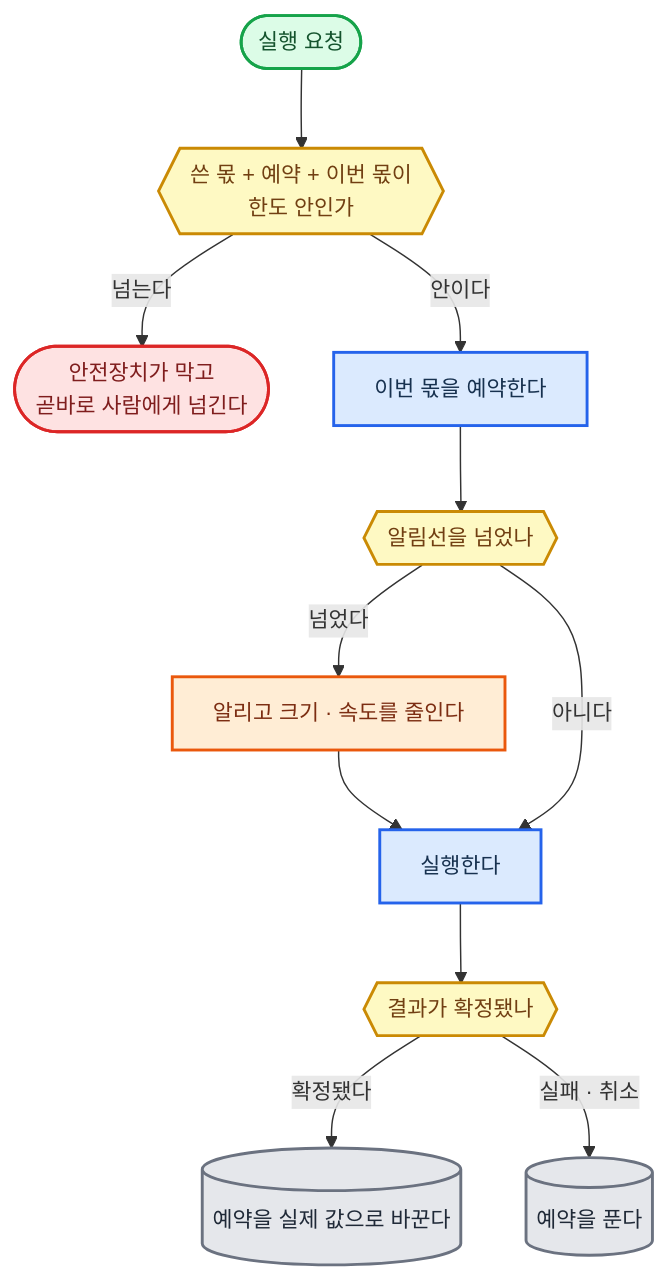
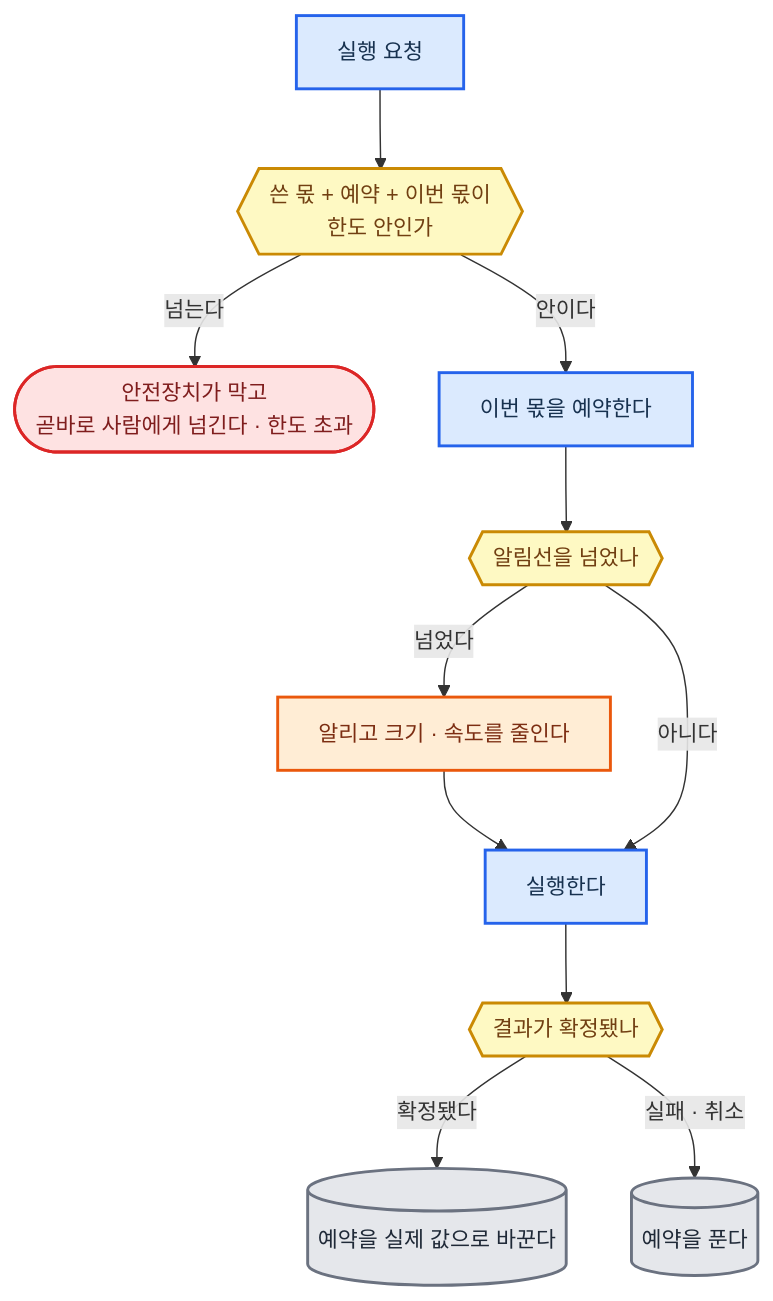
Before and after one commit to harisbaguette/expert: diagram 13 of 26 in 전문가 에이전트 정의 2.md, drawn with Mermaid. The commit also changed other lines of this file and 7 other files, not shown here.

````diff
--- a/전문가 에이전트 정의 2.md
+++ b/전문가 에이전트 정의 2.md
@@ -1281,17 +1441,17 @@
 ```mermaid
 %%{init: {"flowchart": {"wrappingWidth": 640, "curve": "basis", "nodeSpacing": 45, "rankSpacing": 55, "padding": 14, "useMaxWidth": true}, "themeVariables": {"fontSize": "15px"}} }%%
 flowchart TB
-    IN(["실행 요청"]):::good --> Q1{{"쓴 몫 + 예약 + 이번 몫이<br/>한도 안인가"}}:::note
-    Q1 -- "넘는다" --> STOP(["안전장치가 막고<br/>곧바로 사람에게 넘긴다"]):::stop
+    IN["실행 요청"]:::main --> Q1{{"쓴 몫 + 예약 + 이번 몫이<br/>한도 안인가"}}:::note
+    Q1 -- "넘는다" --> STOP(["안전장치가 막고<br/>곧바로 사람에게 넘긴다 · 한도 초과"]):::stop
     Q1 -- "안이다" --> RES["이번 몫을 예약한다"]:::main --> Q2{{"알림선을 넘었나"}}:::note
     Q2 -- "넘었다" --> SLOW["알리고 크기 · 속도를 줄인다"]:::back --> RUN["실행한다"]:::main
     Q2 -- "아니다" --> RUN --> Q3{{"결과가 확정됐나"}}:::note
     Q3 -- "확정됐다" --> FIX[("예약을 실제 값으로 바꾼다")]:::store
     Q3 -- "실패 · 취소" --> FREE[("예약을 푼다")]:::store
     classDef main fill:#dbeafe,stroke:#2563eb,stroke-width:2px,color:#17314f
     classDef stop fill:#fee2e2,stroke:#dc2626,stroke-width:2px,color:#7f1d1d
     classDef back fill:#ffedd5,stroke:#ea580c,stroke-width:2px,color:#7c2d12
     classDef store fill:#e5e7eb,stroke:#6b7280,stroke-width:2px,color:#1f2937
     classDef good fill:#dcfce7,stroke:#16a34a,stroke-width:2px,color:#14532d
     classDef note fill:#fef9c3,stroke:#ca8a04,stroke-width:2px,color:#713f12
 ```
````
